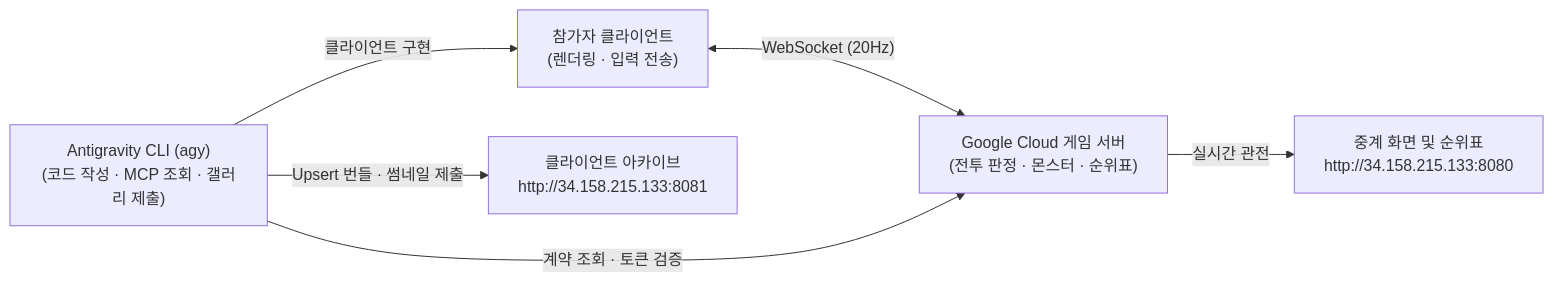
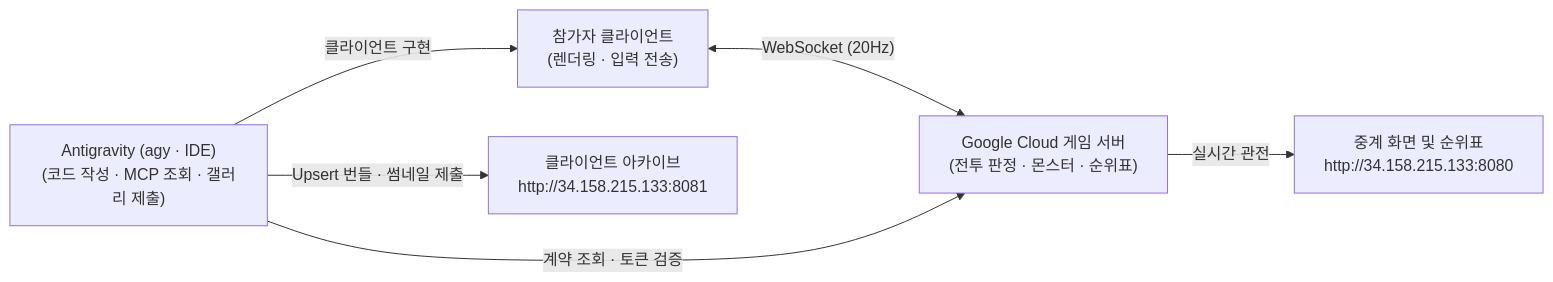
The first of 2 diagrams in README.md (KennethanCeyer/build-beyond-limits), drawn with Mermaid before and after one commit. The commit also changed other lines of this file and 13 other files, not shown here.

````diff
--- a/README.md
+++ b/README.md
@@ -21,8 +21,8 @@
 ```mermaid
 flowchart LR
   A["참가자 클라이언트\n(렌더링 · 입력 전송)"] <-->|"WebSocket (20Hz)"| B["Google Cloud 게임 서버\n(전투 판정 · 몬스터 · 순위표)"]
-  C["Antigravity CLI (agy)\n(코드 작성 · MCP 조회 · 갤러리 제출)"] -->|"클라이언트 구현"| A
+  C["Antigravity (agy · IDE)\n(코드 작성 · MCP 조회 · 갤러리 제출)"] -->|"클라이언트 구현"| A
   C -->|"계약 조회 · 토큰 검증"| B
   C -->|"Upsert 번들 · 썸네일 제출"| G["클라이언트 아카이브\nhttp://34.158.215.133:8081"]
   B -->|"실시간 관전"| D["중계 화면 및 순위표\nhttp://34.158.215.133:8080"]
 ```
````
